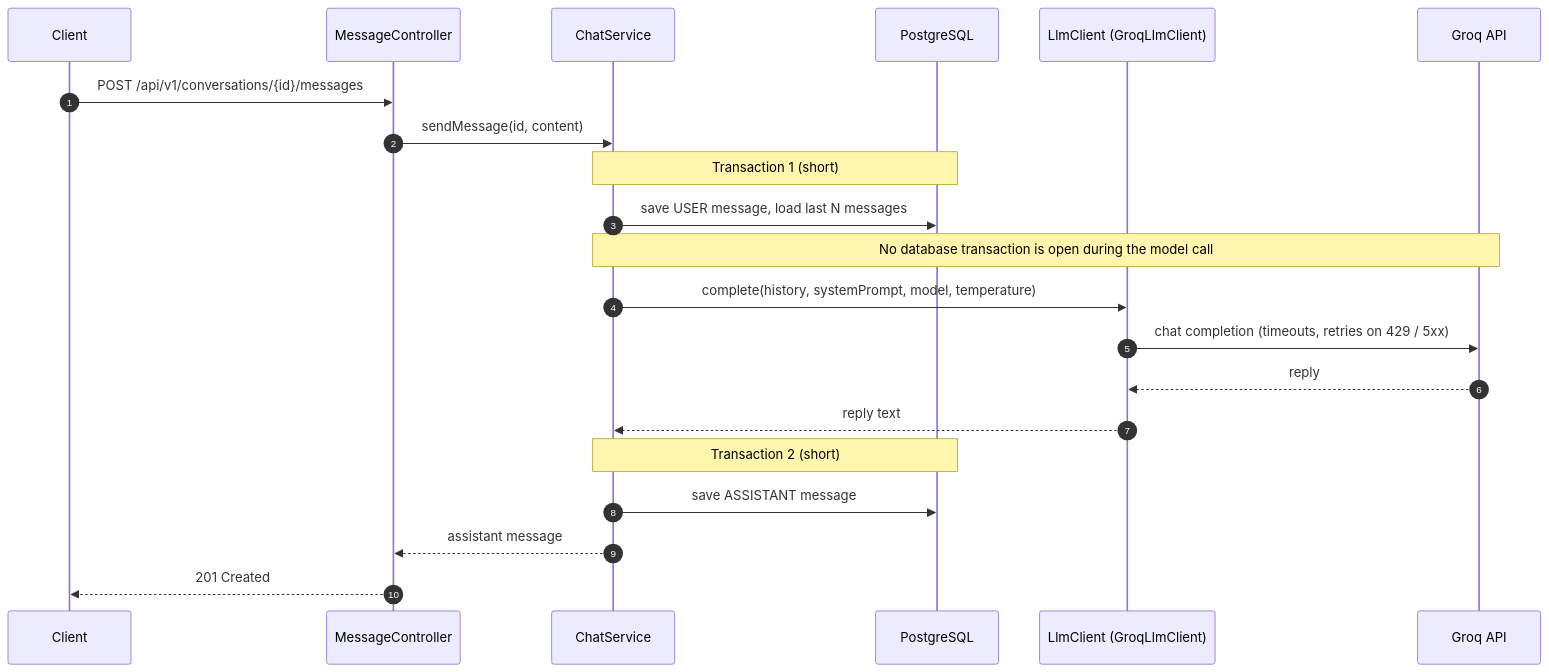
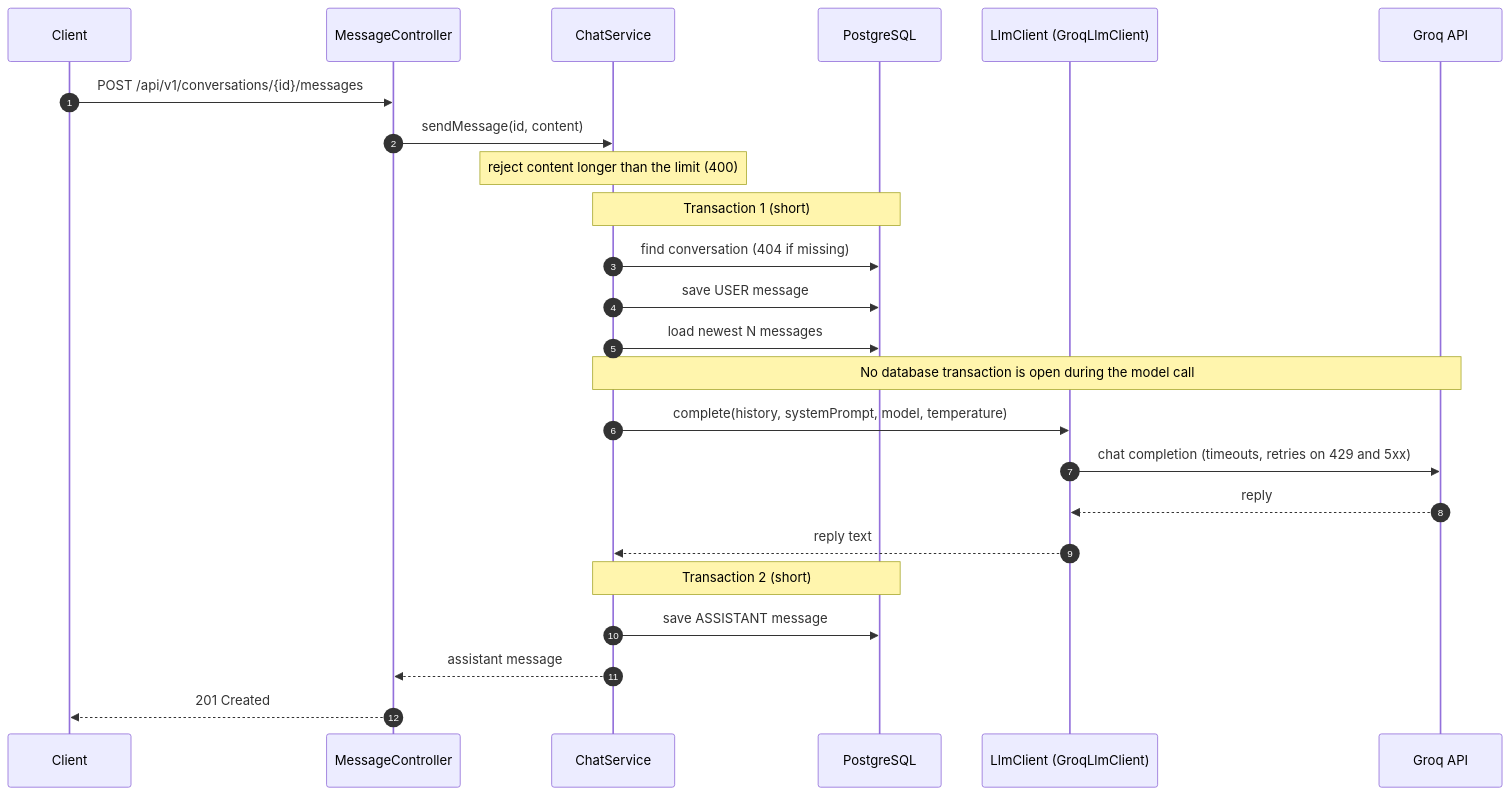
One commit to agentworkshq/spring-ai-chat-engine changed the seventh of 10 diagrams in README.md. Above: the diagram before and after it, drawn with Mermaid. The commit also changed other lines of this file, not shown here.

Commit message:
docs: add HLD, LLD and flow diagrams to the README

````diff
--- a/README.md
+++ b/README.md
@@ -86,24 +381,27 @@
 ```mermaid
 sequenceDiagram
     autonumber
     participant C as Client
     participant MC as MessageController
     participant CS as ChatService
     participant DB as PostgreSQL
     participant L as LlmClient (GroqLlmClient)
     participant G as Groq API
 
     C->>MC: POST /api/v1/conversations/{id}/messages
     MC->>CS: sendMessage(id, content)
+    Note over CS: reject content longer than the limit (400)
     Note over CS,DB: Transaction 1 (short)
-    CS->>DB: save USER message, load last N messages
+    CS->>DB: find conversation (404 if missing)
+    CS->>DB: save USER message
+    CS->>DB: load newest N messages
     Note over CS,G: No database transaction is open during the model call
     CS->>L: complete(history, systemPrompt, model, temperature)
-    L->>G: chat completion (timeouts, retries on 429 / 5xx)
+    L->>G: chat completion (timeouts, retries on 429 and 5xx)
     G-->>L: reply
     L-->>CS: reply text
     Note over CS,DB: Transaction 2 (short)
     CS->>DB: save ASSISTANT message
     CS-->>MC: assistant message
     MC-->>C: 201 Created
 ```
````
